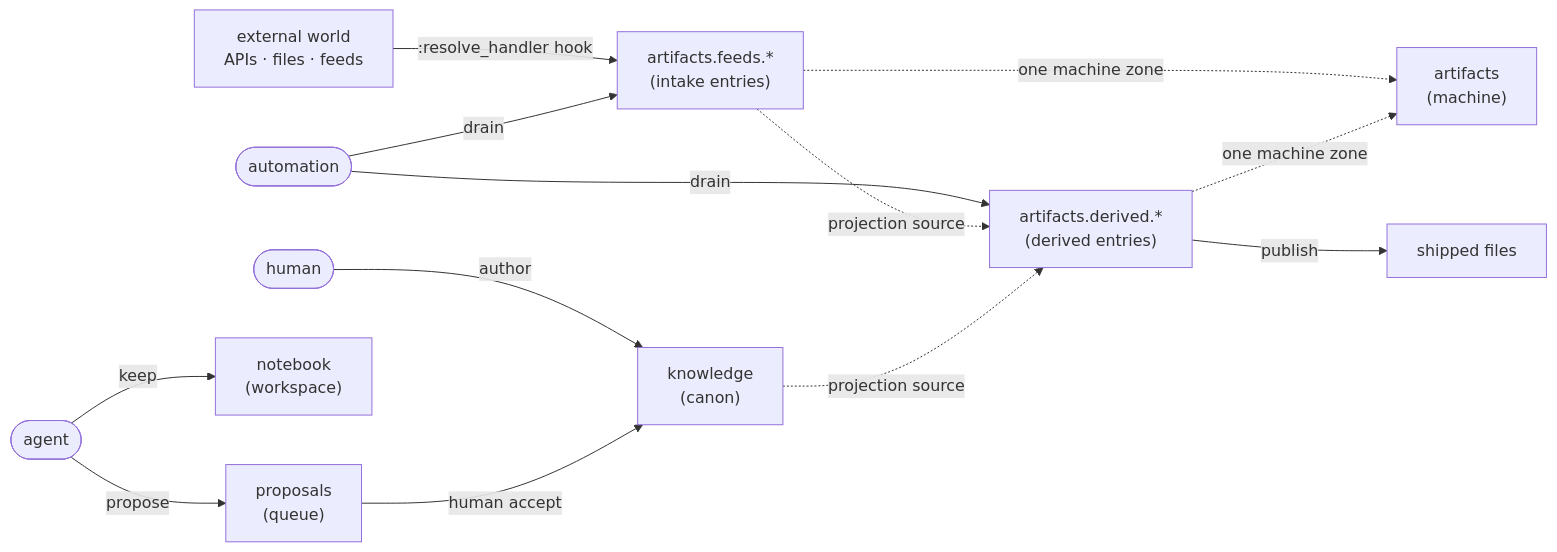
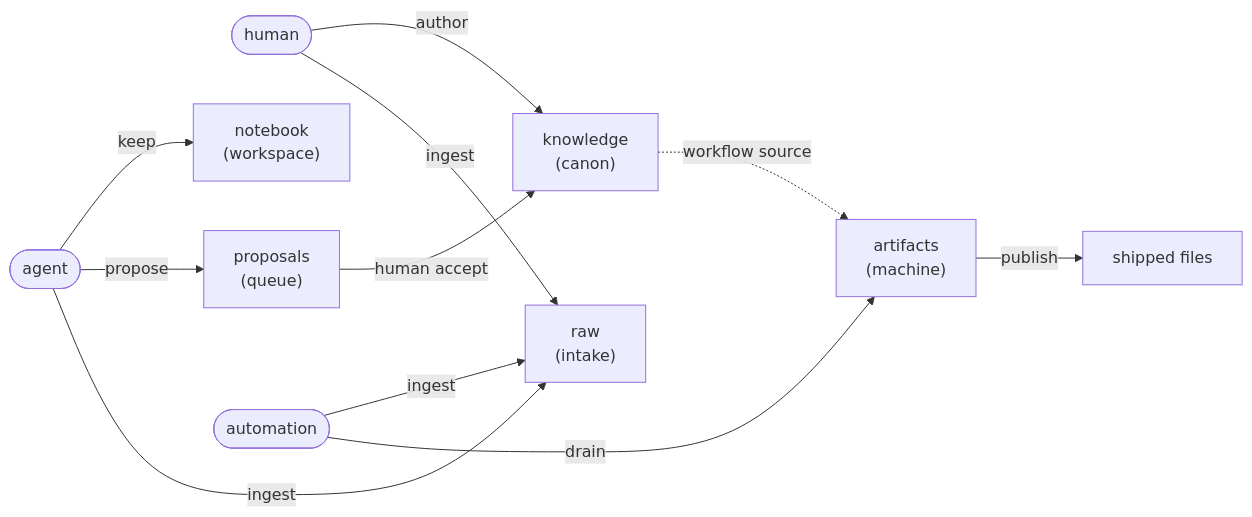
The first of 2 diagrams in docs/explanation/concepts.md (patrick204nqh/textus), drawn with Mermaid before and after one commit. The commit also changed other lines of this file and 63 other files, not shown here.

First line of the commit message:
feat: workflow rename, feeds pipeline, raw/ingest docs, SPEC v4, docs audit (#224)

````diff
--- a/docs/explanation/concepts.md
+++ b/docs/explanation/concepts.md
@@ -21,14 +20,13 @@
 ```mermaid
 flowchart LR
-    ext["external world<br/>APIs · files · feeds"] -->|:resolve_handler hook| artifacts_feeds["artifacts.feeds.*<br/>(intake entries)"]
-    automation(["automation"]) -->|drain| artifacts_feeds
     human(["human"]) -->|author| knowledge["knowledge<br/>(canon)"]
     agent(["agent"]) -->|keep| notebook["notebook<br/>(workspace)"]
     agent -->|propose| proposals["proposals<br/>(queue)"]
+    human -->|ingest| raw["raw<br/>(intake)"]
+    agent -->|ingest| raw
+    automation(["automation"]) -->|ingest| raw
     proposals -->|human accept| knowledge
-    automation -->|drain| artifacts_derived["artifacts.derived.*<br/>(derived entries)"]
-    artifacts_feeds -.->|projection source| artifacts_derived
-    knowledge -.->|projection source| artifacts_derived
-    artifacts_feeds & artifacts_derived -.->|one machine zone| artifacts["artifacts<br/>(machine)"]
-    artifacts_derived -->|publish| files["shipped files"]
+    automation(["automation"]) -->|drain| artifacts["artifacts<br/>(machine)"]
+    knowledge -.->|workflow source| artifacts
+    artifacts -->|publish| files["shipped files"]
 ```
````
